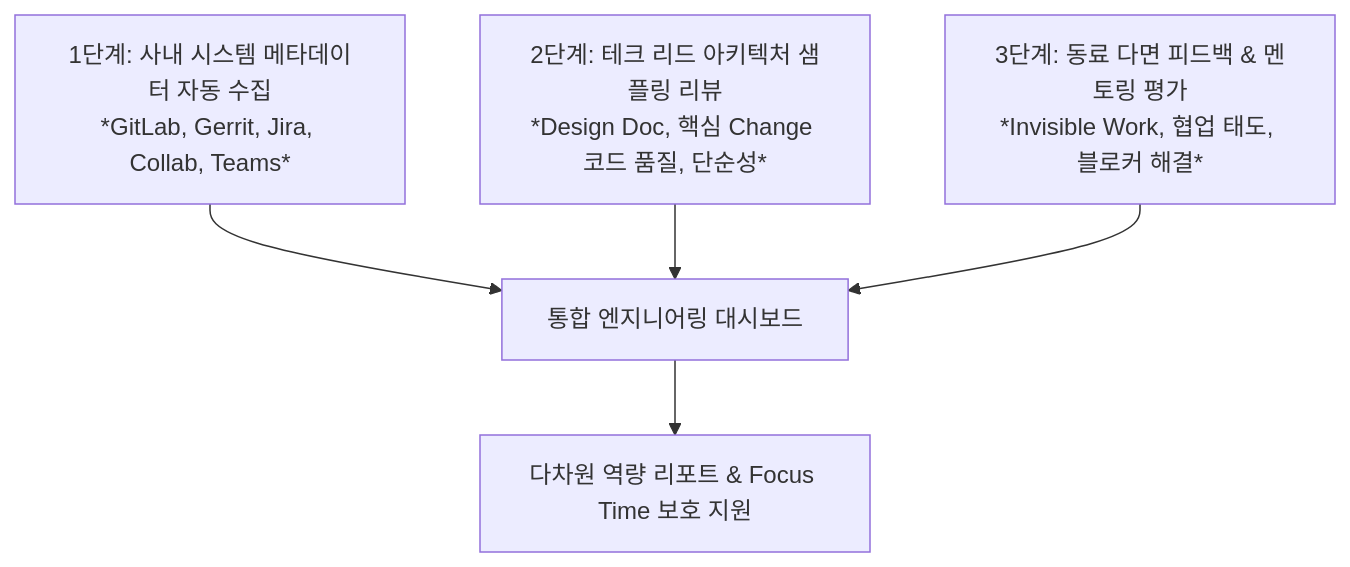
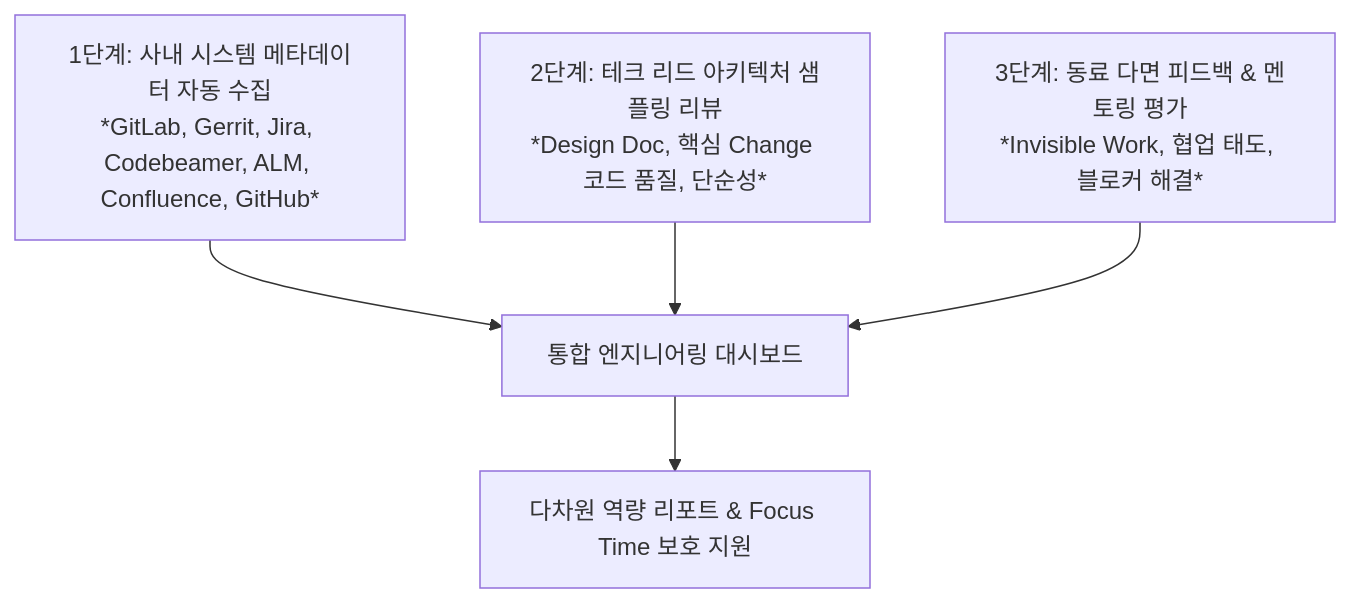
Before and after one commit to cheoljoo/ai_resource_management: the diagram in developer_evaluation_metrics.md, drawn with Mermaid. The commit also changed other lines of this file and 20 other files, not shown here.

````diff
--- a/developer_evaluation_metrics.md
+++ b/developer_evaluation_metrics.md
@@ -222,7 +340,7 @@
 ```mermaid
 graph TD
-    A[1단계: 사내 시스템 메타데이터 자동 수집<br/>*GitLab, Gerrit, Jira, Collab, Teams*] --> D[통합 엔지니어링 대시보드]
+    A[1단계: 사내 시스템 메타데이터 자동 수집<br/>*GitLab, Gerrit, Jira, Codebeamer, ALM, Confluence, GitHub*] --> D[통합 엔지니어링 대시보드]
     B[2단계: 테크 리드 아키텍처 샘플링 리뷰<br/>*Design Doc, 핵심 Change 코드 품질, 단순성*] --> D
     C[3단계: 동료 다면 피드백 & 멘토링 평가<br/>*Invisible Work, 협업 태도, 블로커 해결*] --> D
     D --> E[다차원 역량 리포트 & Focus Time 보호 지원]
 ```
````
